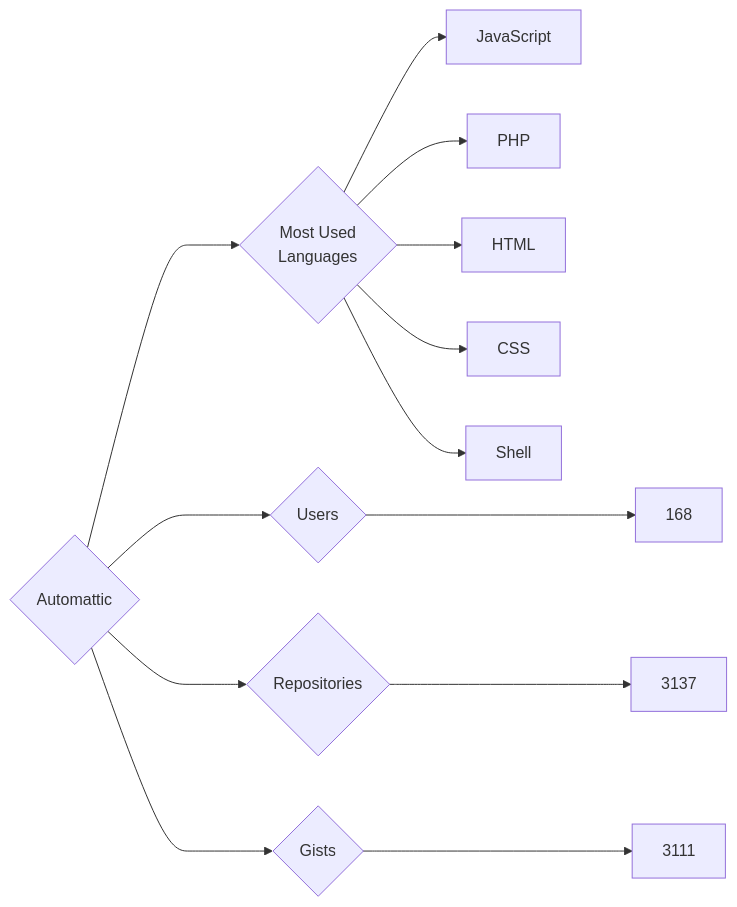
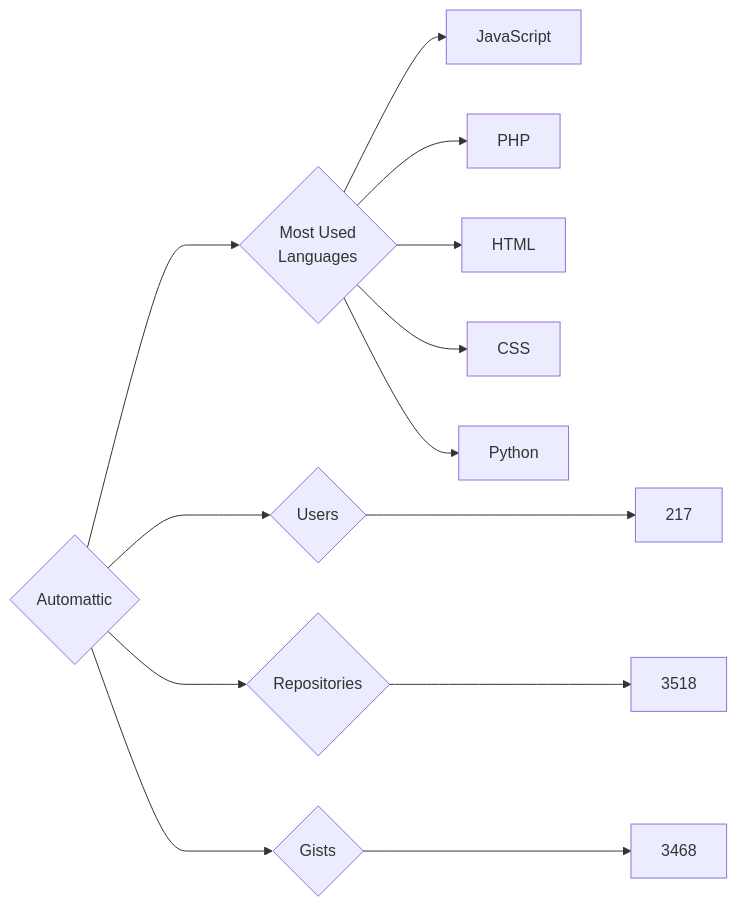
One commit to trickest/insiders changed the diagram in targets/Automattic/README.md. Above: the diagram before and after it, drawn with Mermaid. The commit also changed 777 other files, not shown here.

````diff
--- a/targets/Automattic/README.md
+++ b/targets/Automattic/README.md
@@ -3,13 +3,13 @@
 ```mermaid
 graph LR
 COMPANY_NAME{Automattic}
-COMPANY_NAME ---> U{Users} ---> UN[168]
-COMPANY_NAME ---> R{Repositories} ---> RN[3137]
-COMPANY_NAME ---> G{Gists} ---> GN[3111]
+COMPANY_NAME ---> U{Users} ---> UN[217]
+COMPANY_NAME ---> R{Repositories} ---> RN[3518]
+COMPANY_NAME ---> G{Gists} ---> GN[3468]
 COMPANY_NAME ---> ML{Most Used<br>Languages}
 ML --> JavaScript[JavaScript]
 ML --> PHP[PHP]
 ML --> HTML[HTML]
 ML --> CSS[CSS]
-ML --> Shell[Shell]
+ML --> Python[Python]
 ```
````
